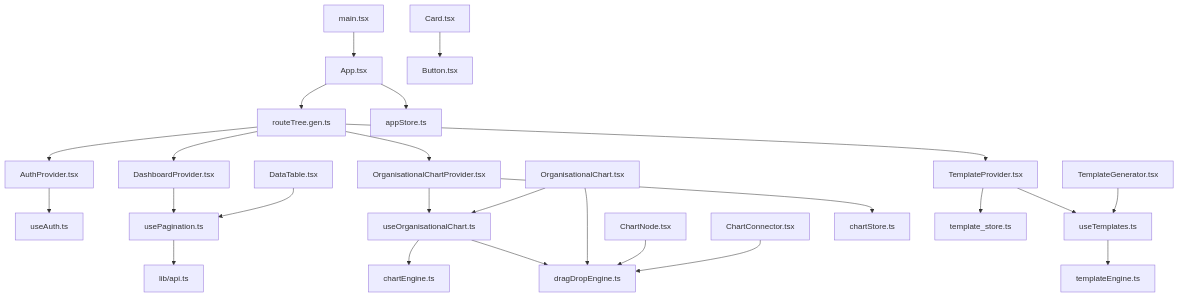
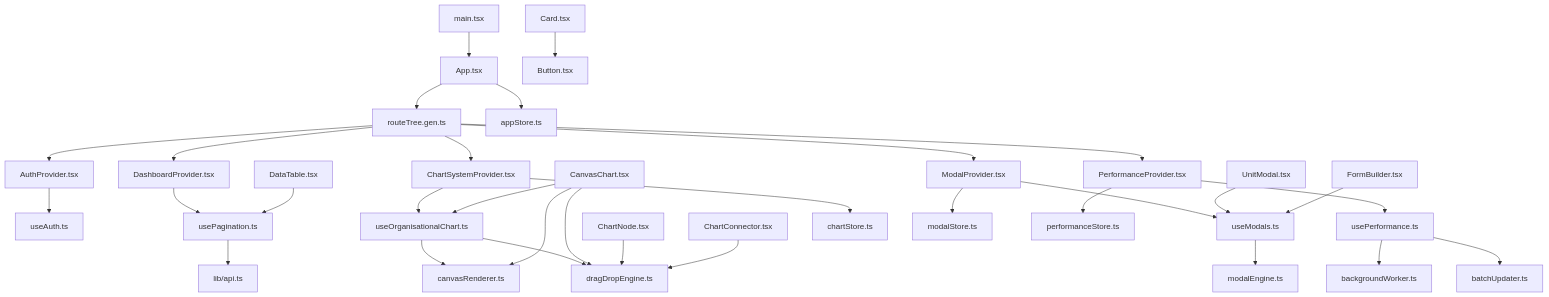
One commit to franckylab/eLISAschool changed diagram 13 of 14 in .qoder/repowiki/en/content/System Architecture/Frontend Architecture/Component Architecture/Component Architecture.md. Above: the diagram before and after it, drawn with Mermaid. The commit also changed other lines of this file and 97 other files, not shown here.

````diff
--- a/.qoder/repowiki/en/content/System Architecture/Frontend Architecture/Component Architecture/Component Architecture.md
+++ b/.qoder/repowiki/en/content/System Architecture/Frontend Architecture/Component Architecture/Component Architecture.md
@@ -731,27 +947,34 @@
 ```mermaid
 graph TB
 main_tsx["main.tsx"] --> app_tsx["App.tsx"]
 app_tsx --> route_tree["routeTree.gen.ts"]
 route_tree --> auth_provider["AuthProvider.tsx"]
 route_tree --> dashboard_provider["DashboardProvider.tsx"]
-route_tree --> org_chart_provider["OrganisationalChartProvider.tsx"]
-route_tree --> template_provider["TemplateProvider.tsx"]
+route_tree --> chart_provider["ChartSystemProvider.tsx"]
+route_tree --> modal_provider["ModalProvider.tsx"]
+route_tree --> perf_provider["PerformanceProvider.tsx"]
 auth_provider --> use_auth["useAuth.ts"]
 dashboard_provider --> use_pagination["usePagination.ts"]
-org_chart_provider --> use_chart["useOrganisationalChart.ts"]
-template_provider --> use_templates["useTemplates.ts"]
+chart_provider --> use_chart["useOrganisationalChart.ts"]
+modal_provider --> use_modals["useModals.ts"]
+perf_provider --> use_perf["usePerformance.ts"]
 use_pagination --> api_lib["lib/api.ts"]
-use_chart --> chart_engine["chartEngine.ts"]
+use_chart --> canvas_renderer["canvasRenderer.ts"]
 use_chart --> drag_drop["dragDropEngine.ts"]
-use_templates --> template_engine["templateEngine.ts"]
+use_modals --> modal_engine["modalEngine.ts"]
+use_perf --> background_worker["backgroundWorker.ts"]
+use_perf --> batch_updater["batchUpdater.ts"]
 ui_datatable["DataTable.tsx"] --> use_pagination
 ui_card["Card.tsx"] --> ui_button["Button.tsx"]
-ui_chart["OrganisationalChart.tsx"] --> use_chart
-ui_chart --> drag_drop
+ui_canvas["CanvasChart.tsx"] --> use_chart
+ui_canvas --> canvas_renderer
+ui_canvas --> drag_drop
 ui_node["ChartNode.tsx"] --> drag_drop
 ui_connector["ChartConnector.tsx"] --> drag_drop
-ui_template["TemplateGenerator.tsx"] --> use_templates
+ui_modal["UnitModal.tsx"] --> use_modals
+ui_form["FormBuilder.tsx"] --> use_modals
 app_tsx --> app_store["appStore.ts"]
-org_chart_provider --> chart_store["chartStore.ts"]
-template_provider --> template_store["template_store.ts"]
+chart_provider --> chart_store["chartStore.ts"]
+modal_provider --> modal_store["modalStore.ts"]
+perf_provider --> perf_store["performanceStore.ts"]
 ```
````
